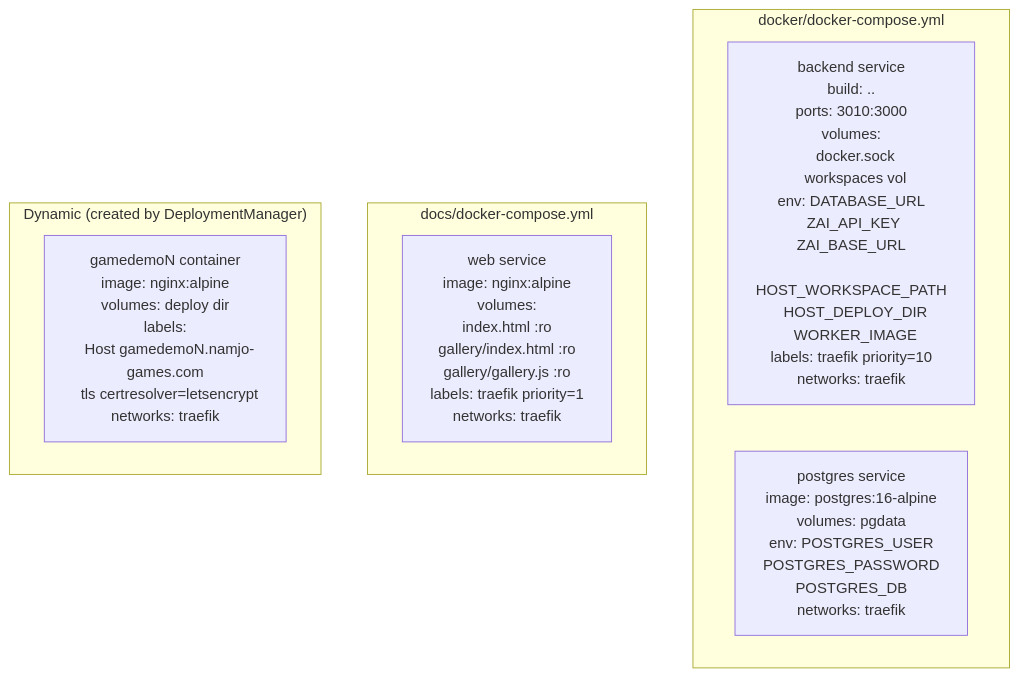
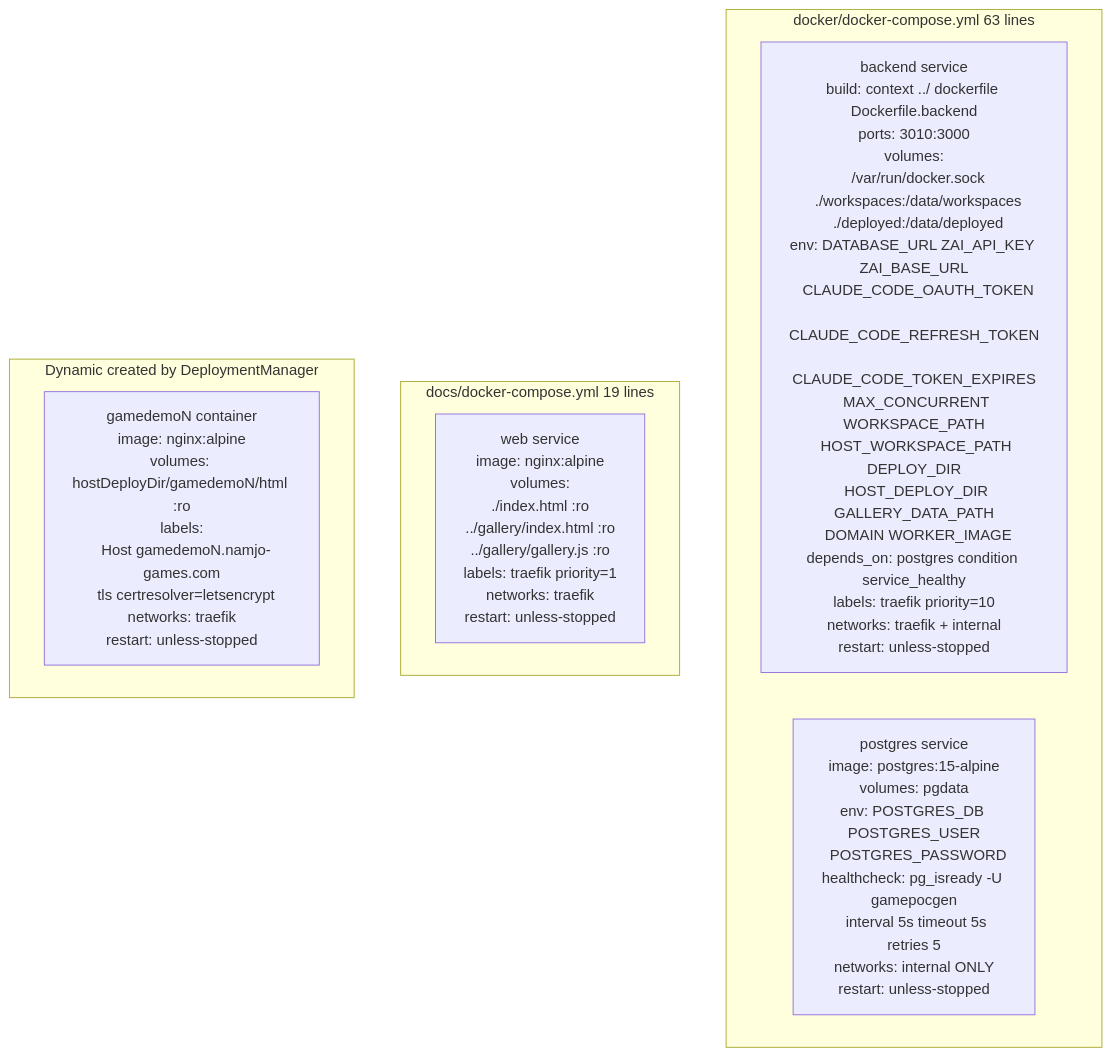
The second of 5 diagrams in AI/document/07-deployment.md (J-Gierend/gamePocGen), drawn with Mermaid before and after one commit. The commit also changed other lines of this file and 12 other files, not shown here.

First line of the commit message:
fix: regenerate all architecture docs from current source

````diff
--- a/AI/document/07-deployment.md
+++ b/AI/document/07-deployment.md
@@ -44,16 +44,16 @@
 ```mermaid
 graph TD
-    subgraph "docker/docker-compose.yml"
-        B_SVC["backend service\nbuild: ..\nports: 3010:3000\nvolumes:\n  docker.sock\n  workspaces vol\nenv: DATABASE_URL\n  ZAI_API_KEY ZAI_BASE_URL\n  HOST_WORKSPACE_PATH\n  HOST_DEPLOY_DIR\n  WORKER_IMAGE\nlabels: traefik priority=10\nnetworks: traefik"]
+    subgraph "docker/docker-compose.yml 63 lines"
+        B_SVC["backend service\nbuild: context ../ dockerfile Dockerfile.backend\nports: 3010:3000\nvolumes:\n  /var/run/docker.sock\n  ./workspaces:/data/workspaces\n  ./deployed:/data/deployed\nenv: DATABASE_URL ZAI_API_KEY ZAI_BASE_URL\n  CLAUDE_CODE_OAUTH_TOKEN\n  CLAUDE_CODE_REFRESH_TOKEN\n  CLAUDE_CODE_TOKEN_EXPIRES\n  MAX_CONCURRENT WORKSPACE_PATH\n  HOST_WORKSPACE_PATH DEPLOY_DIR\n  HOST_DEPLOY_DIR GALLERY_DATA_PATH\n  DOMAIN WORKER_IMAGE\ndepends_on: postgres condition service_healthy\nlabels: traefik priority=10\nnetworks: traefik + internal\nrestart: unless-stopped"]
 
-        P_SVC["postgres service\nimage: postgres:16-alpine\nvolumes: pgdata\nenv: POSTGRES_USER\n  POSTGRES_PASSWORD\n  POSTGRES_DB\nnetworks: traefik"]
+        P_SVC["postgres service\nimage: postgres:15-alpine\nvolumes: pgdata\nenv: POSTGRES_DB POSTGRES_USER\n  POSTGRES_PASSWORD\nhealthcheck: pg_isready -U gamepocgen\n  interval 5s timeout 5s retries 5\nnetworks: internal ONLY\nrestart: unless-stopped"]
     end
 
-    subgraph "docs/docker-compose.yml"
-        D_SVC["web service\nimage: nginx:alpine\nvolumes:\n  index.html :ro\n  gallery/index.html :ro\n  gallery/gallery.js :ro\nlabels: traefik priority=1\nnetworks: traefik"]
+    subgraph "docs/docker-compose.yml 19 lines"
+        D_SVC["web service\nimage: nginx:alpine\nvolumes:\n  ./index.html :ro\n  ../gallery/index.html :ro\n  ../gallery/gallery.js :ro\nlabels: traefik priority=1\nnetworks: traefik\nrestart: unless-stopped"]
     end
 
-    subgraph "Dynamic (created by DeploymentManager)"
-        G_SVC["gamedemoN container\nimage: nginx:alpine\nvolumes: deploy dir\nlabels:\n  Host gamedemoN.namjo-games.com\n  tls certresolver=letsencrypt\nnetworks: traefik"]
+    subgraph "Dynamic created by DeploymentManager"
+        G_SVC["gamedemoN container\nimage: nginx:alpine\nvolumes: hostDeployDir/gamedemoN/html :ro\nlabels:\n  Host gamedemoN.namjo-games.com\n  tls certresolver=letsencrypt\nnetworks: traefik\nrestart: unless-stopped"]
     end
 ```
````
